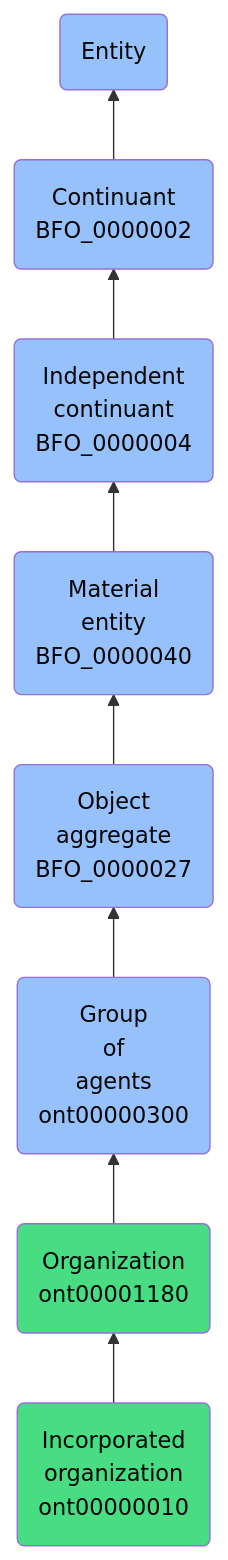
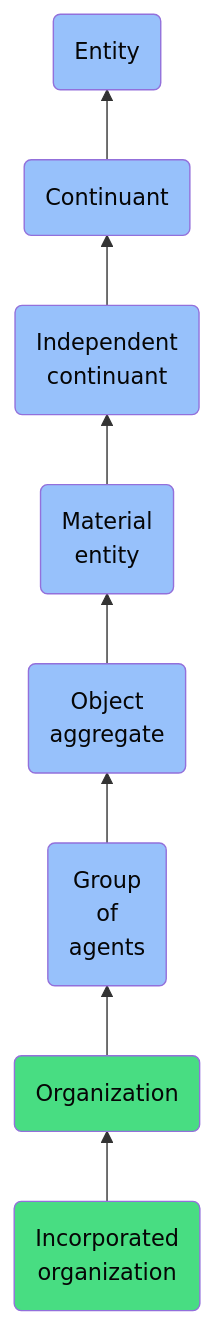
The diagram in docs/ontology/reference/model/Entity/Continuant/Independent continuant/Material entity/Object aggregate/Group of agents/Organization/Incorporated organization/Incorporated organization.md (jupyter-naas/abi), drawn with Mermaid before and after one commit. The commit also changed other lines of this file and 1430 other files, not shown here.

````diff
--- a/docs/ontology/reference/model/Entity/Continuant/Independent continuant/Material entity/Object aggregate/Group of agents/Organization/Incorporated organization/Incorporated organization.md
+++ b/docs/ontology/reference/model/Entity/Continuant/Independent continuant/Material entity/Object aggregate/Group of agents/Organization/Incorporated organization/Incorporated organization.md
@@ -24,15 +24,15 @@
 ```mermaid
 graph BT
-    ont00000010(Incorporated<br>organization<br>ont00000010):::ABI-->ont00001180
-    ont00001180(Organization<br>ont00001180):::ABI-->ont00000300
-    ont00000300(Group<br>of<br>agents<br>ont00000300):::BFO-->BFO_0000027
-    BFO_0000027(Object<br>aggregate<br>BFO_0000027):::BFO-->BFO_0000040
-    BFO_0000040(Material<br>entity<br>BFO_0000040):::BFO-->BFO_0000004
-    BFO_0000004(Independent<br>continuant<br>BFO_0000004):::BFO-->BFO_0000002
-    BFO_0000002(Continuant<br>BFO_0000002):::BFO-->BFO_0000001
+    ont00000010(Incorporated<br>organization):::ABI-->ont00001180
+    ont00001180(Organization):::ABI-->ont00000300
+    ont00000300(Group<br>of<br>agents):::BFO-->BFO_0000027
+    BFO_0000027(Object<br>aggregate):::BFO-->BFO_0000040
+    BFO_0000040(Material<br>entity):::BFO-->BFO_0000004
+    BFO_0000004(Independent<br>continuant):::BFO-->BFO_0000002
+    BFO_0000002(Continuant):::BFO-->BFO_0000001
     BFO_0000001(Entity):::BFO
     
     classDef BFO fill:#97c1fb,color:#060606
     classDef CCO fill:#e4c51e,color:#060606
     classDef ABI fill:#48DD82,color:#060606
 ```
````
